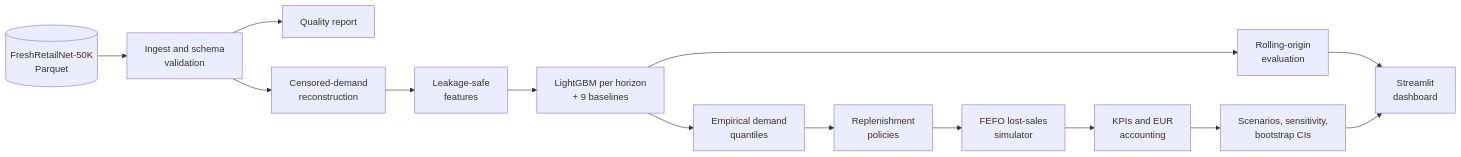
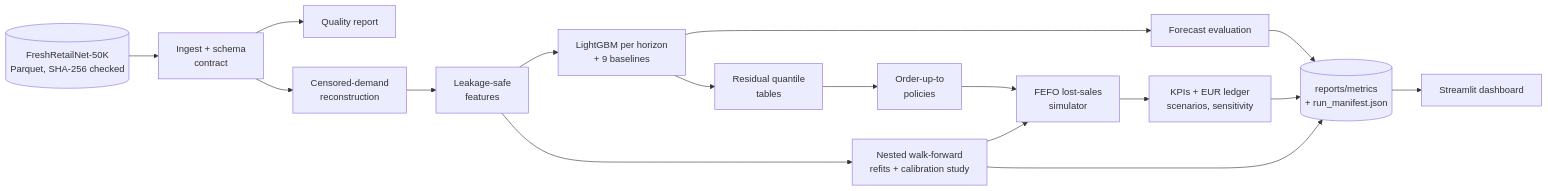
One commit to eirinitzortzidou/freshguard-ai changed the first of 2 diagrams in README.md. Above: the diagram before and after it, drawn with Mermaid. The commit also changed other lines of this file and 72 other files, not shown here.

First line of the commit message:
Reproducibility, nested rolling-origin evaluation, calibration study and dashboard demo mode

````diff
--- a/README.md
+++ b/README.md
@@ -65,16 +70,17 @@
 ```mermaid
 flowchart LR
-    A[(FreshRetailNet-50K<br/>Parquet)] --> B[Ingest and schema<br/>validation]
+    A[(FreshRetailNet-50K<br/>Parquet, SHA-256 checked)] --> B[Ingest + schema<br/>contract]
     B --> C[Quality report]
     B --> D[Censored-demand<br/>reconstruction]
     D --> E[Leakage-safe<br/>features]
     E --> F[LightGBM per horizon<br/>+ 9 baselines]
-    F --> G[Rolling-origin<br/>evaluation]
-    F --> H[Empirical demand<br/>quantiles]
-    H --> I[Replenishment<br/>policies]
+    F --> G[Forecast evaluation]
+    F --> H[Residual quantile<br/>tables]
+    H --> I[Order-up-to<br/>policies]
     I --> J[FEFO lost-sales<br/>simulator]
-    J --> K[KPIs and EUR<br/>accounting]
-    K --> L[Scenarios, sensitivity,<br/>bootstrap CIs]
-    G --> M[Streamlit<br/>dashboard]
-    L --> M
+    J --> K[KPIs + EUR ledger<br/>scenarios, sensitivity]
+    E --> N[Nested walk-forward<br/>refits + calibration study]
+    N --> J
+    G & K & N --> R[(reports/metrics<br/>+ run_manifest.json)]
+    R --> M[Streamlit dashboard]
 ```
````
